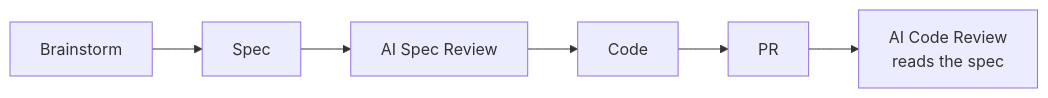
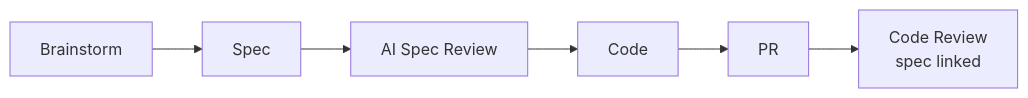
The diagram in standards/index.md (21StarkCom/bifrost), drawn with Mermaid before and after one commit. The commit also changed other lines of this file and 8 other files, not shown here.

````diff
--- a/standards/index.md
+++ b/standards/index.md
@@ -21,8 +21,8 @@
 ```mermaid
 flowchart LR
     A[Brainstorm] --> B[Spec]
     B --> C[AI Spec Review]
     C --> D[Code]
     D --> E[PR]
-    E --> F[AI Code Review\n reads the spec]
+    E --> F[Code Review\n spec linked]
 ```
````
